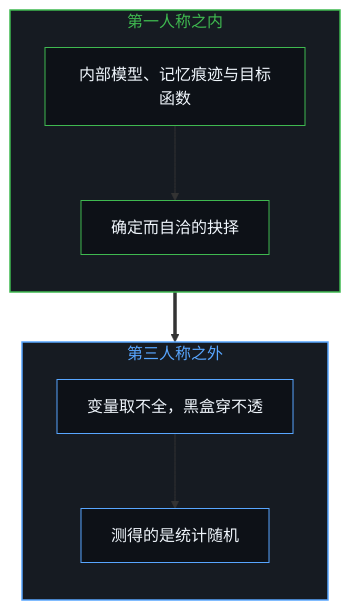
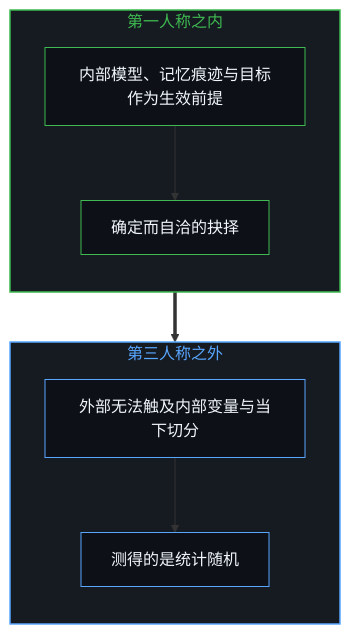
The first of 2 diagrams in content/posts/zi-you-de-ce-bu-zhun.md (powerpig99/not-a-toe), drawn with Mermaid before and after one commit. The commit also changed other lines of this file and 6 other files, not shown here.

````diff
--- a/content/posts/zi-you-de-ce-bu-zhun.md
+++ b/content/posts/zi-you-de-ce-bu-zhun.md
@@ -43,22 +43,22 @@
 ```mermaid
 flowchart TD
     subgraph S_In["第一人称之内"]
         direction TB
-        I1["内部模型、记忆痕迹与目标函数"]
+        I1["内部模型、记忆痕迹与目标作为生效前提"]
         I2["确定而自洽的抉择"]
     end
     subgraph S_Out["第三人称之外"]
         direction TB
-        O1["变量取不全，黑盒穿不透"]
+        O1["外部无法触及内部变量与当下切分"]
         O2["测得的是统计随机"]
     end
     I1 --> I2
     I2 ==> O1
     O1 --> O2
     style S_In fill:#161b22,stroke:#3fb950,stroke-width:1.5px,color:#3fb950
     style S_Out fill:#161b22,stroke:#58a6ff,stroke-width:1.5px,color:#58a6ff
     style I1 fill:#0d1117,stroke:#3fb950,stroke-width:1px,color:#f0f6fc
     style I2 fill:#0d1117,stroke:#3fb950,stroke-width:1px,color:#f0f6fc
     style O1 fill:#0d1117,stroke:#58a6ff,stroke-width:1px,color:#f0f6fc
     style O2 fill:#0d1117,stroke:#58a6ff,stroke-width:1px,color:#f0f6fc
 ```
````
